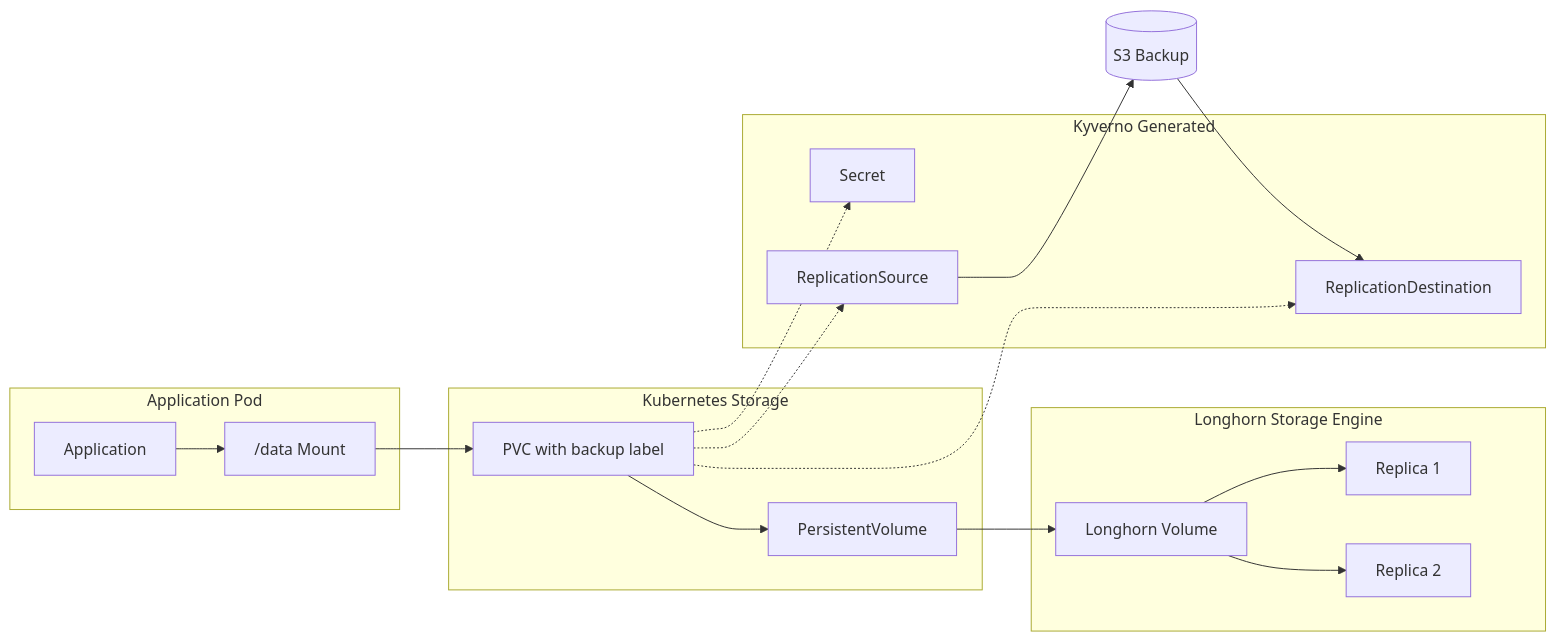
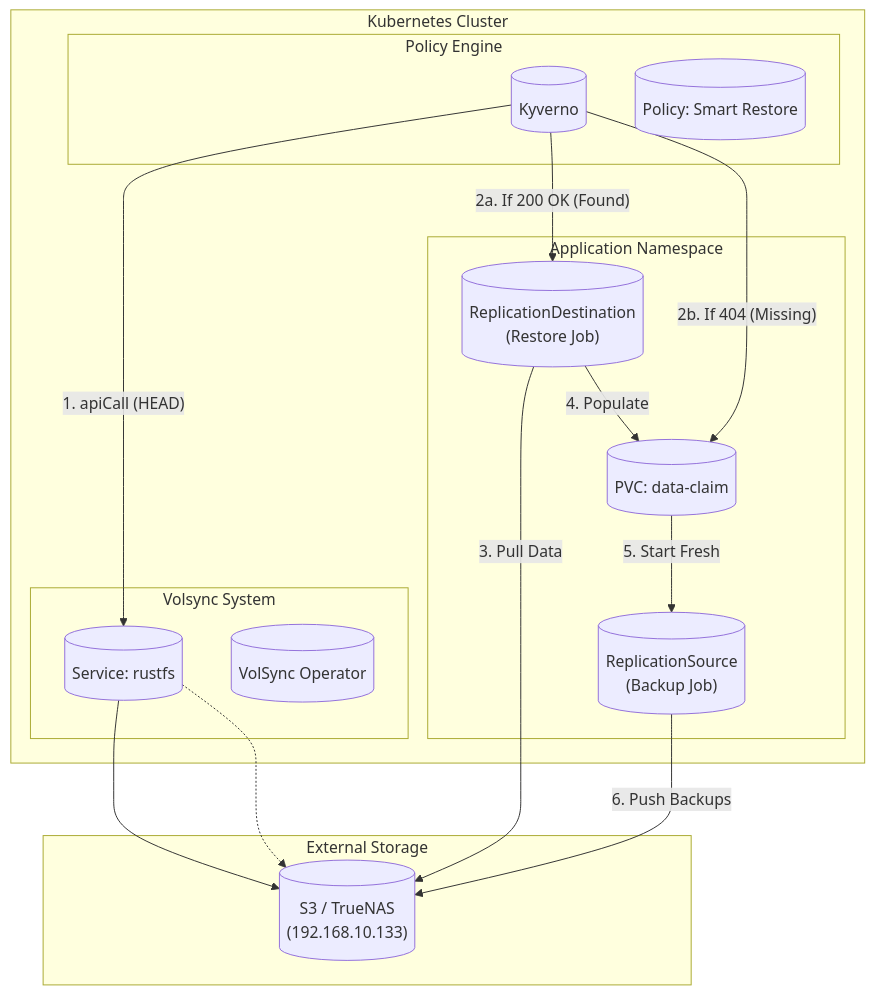
One commit to mitchross/talos-argocd-proxmox changed the diagram in docs/storage-architecture.md. Above: the diagram before and after it, drawn with Mermaid. The commit also changed other lines of this file and 9 other files, not shown here.

````diff
--- a/docs/storage-architecture.md
+++ b/docs/storage-architecture.md
@@ -176,26 +50,37 @@
 ```mermaid
-graph LR
-    subgraph "Application Pod"
-        App[Application] --> Mount["/data Mount"]
+graph TD
+    subgraph "External Storage"
+        S3[("S3 / TrueNAS<br/>(192.168.10.133)")]
     end
 
-    subgraph "Kubernetes Storage"
-        Mount --> PVC[PVC with backup label]
-        PVC --> PV[PersistentVolume]
+    subgraph "Kubernetes Cluster"
+        subgraph "Volsync System"
+            B[("Service: rustfs")] --> S3
+            V[("VolSync Operator")]
+        end
+
+        subgraph "Policy Engine"
+            K[("Kyverno")]
+            P_Smart[("Policy: Smart Restore")]
+        end
+
+        subgraph "Application Namespace"
+            PVC[("PVC: data-claim")]
+            RD[("ReplicationDestination<br/>(Restore Job)")]
+            RS[("ReplicationSource<br/>(Backup Job)")]
+        end
     end
 
-    subgraph "Longhorn Storage Engine"
-        PV --> LH_Vol[Longhorn Volume]
-        LH_Vol --> Replica1[Replica 1]
-        LH_Vol --> Replica2[Replica 2]
-    end
-
-    subgraph "Kyverno Generated"
-        PVC -.-> SEC[Secret]
-        PVC -.-> RS[ReplicationSource]
-        PVC -.-> RD[ReplicationDestination]
-    end
-
-    RS --> S3[(S3 Backup)]
-    S3 --> RD
+    %% Flows
+    K -- "1. apiCall (HEAD)" --> B
+    B -.-> S3
+    
+    %% Decision Logic
+    K -- "2a. If 200 OK (Found)" --> RD
+    RD -- "3. Pull Data" --> S3
+    RD -- "4. Populate" --> PVC
+    
+    K -- "2b. If 404 (Missing)" --> PVC
+    PVC -- "5. Start Fresh" --> RS
+    RS -- "6. Push Backups" --> S3
 ```
````
